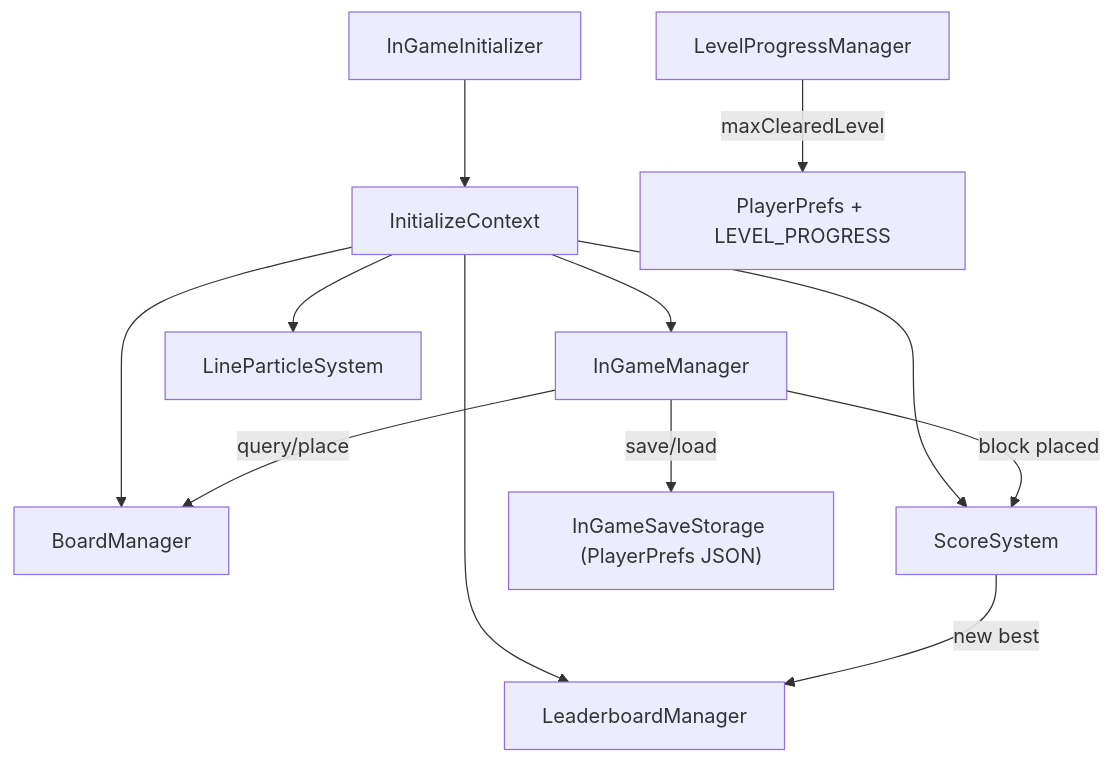
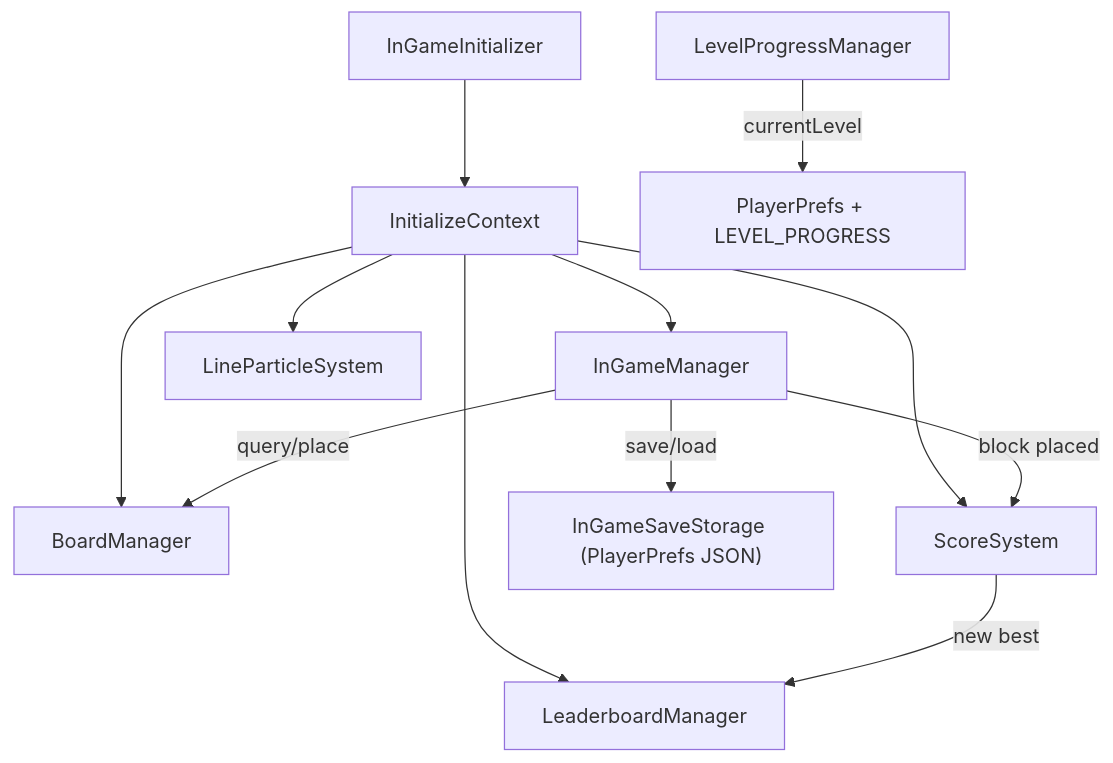
The first of 3 diagrams in README.md (chlghksgml01/BlockPuzzle), drawn with Mermaid before and after one commit. The commit also changed other lines of this file and 3 other files, not shown here.

````diff
--- a/README.md
+++ b/README.md
@@ -81,16 +81,16 @@
 ```mermaid
 flowchart TB
     INIT["InGameInitializer"] --> CTX["InitializeContext"]
     CTX --> IGM["InGameManager"]
     CTX --> BM["BoardManager"]
     CTX --> SS["ScoreSystem"]
     CTX --> LM["LeaderboardManager"]
     CTX --> SPS["LineParticleSystem"]
 
     IGM -->|"block placed"| SS
     IGM -->|"save/load"| SAVE["InGameSaveStorage (PlayerPrefs JSON)"]
     IGM -->|"query/place"| BM
     SS -->|"new best"| LM
 
-    LPM["LevelProgressManager"] -->|"maxClearedLevel"| LPSAVE["PlayerPrefs + LEVEL_PROGRESS"]
+    LPM["LevelProgressManager"] -->|"currentLevel"| LPSAVE["PlayerPrefs + LEVEL_PROGRESS"]
 ```
````
